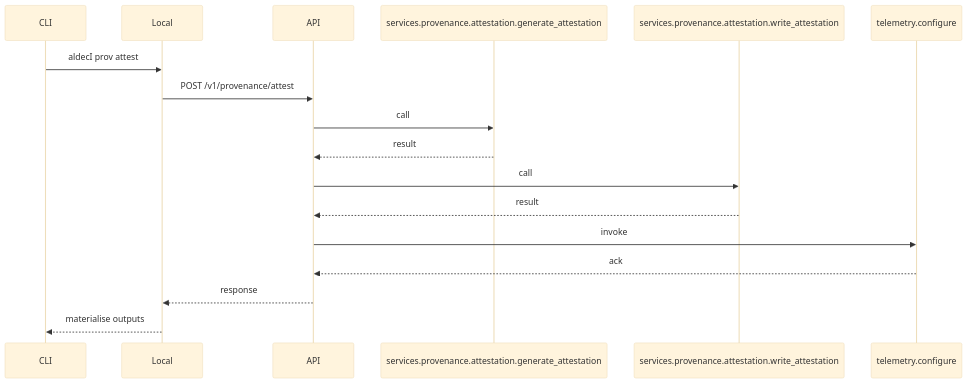
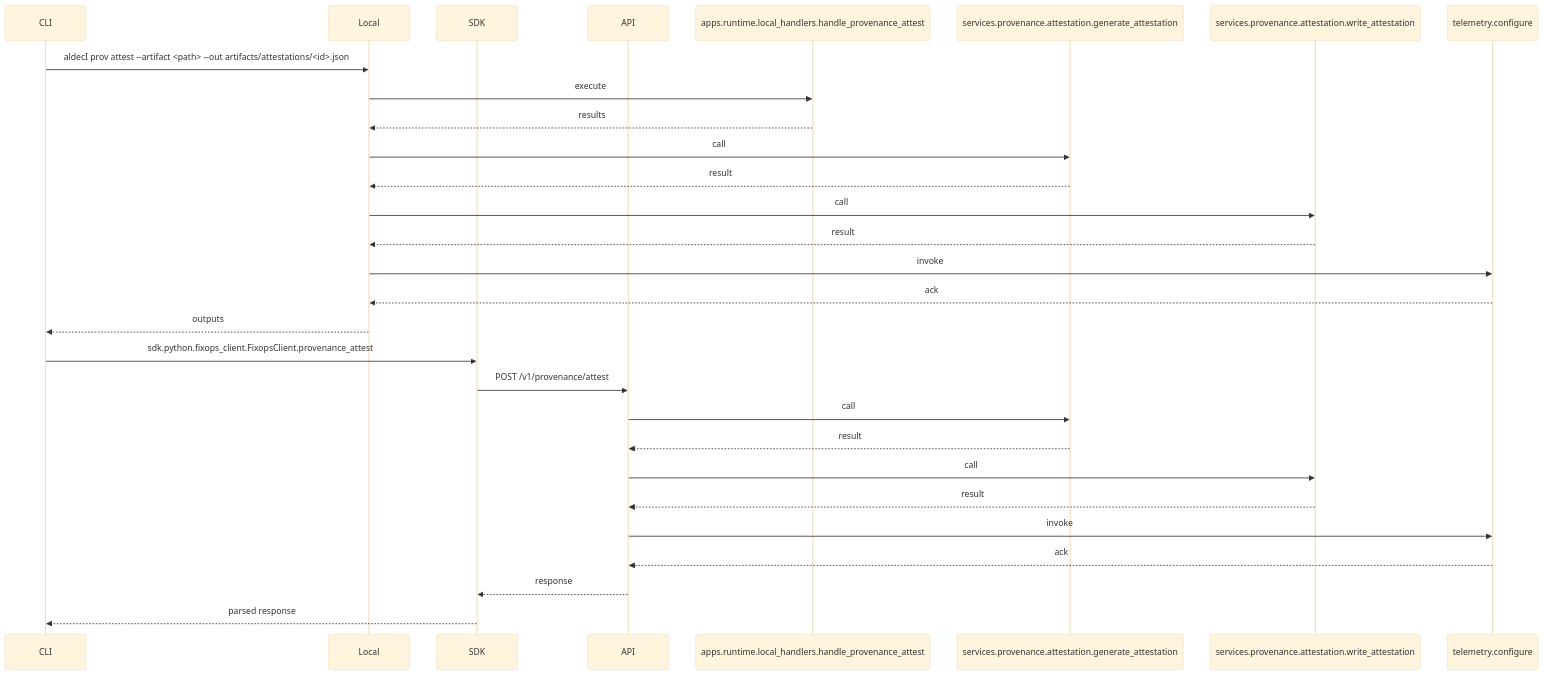
One commit to DevOpsMadDog/Aldeci changed the diagram in docs/diagrams/seq_provenance_attest.mmd. Above: the diagram before and after it, drawn with Mermaid (base theme). The commit also changed 52 other files, not shown here.

```diff
--- a/docs/diagrams/seq_provenance_attest.mmd
+++ b/docs/diagrams/seq_provenance_attest.mmd
@@ -1,17 +1,29 @@
 sequenceDiagram
     participant CLI
     participant Local
+    participant SDK
     participant API
-    CLI->>Local: aldecI prov attest
-    Local->>API: POST /v1/provenance/attest
-    participant S823849 as services.provenance.attestation.generate_attestation
-    API->>S823849: call
-    S823849-->>API: result
-    participant S734217 as services.provenance.attestation.write_attestation
-    API->>S734217: call
-    S734217-->>API: result
-    participant I870404 as telemetry.configure
-    API->>I870404: invoke
-    I870404-->>API: ack
-    API-->>Local: response
-    Local-->>CLI: materialise outputs
+    participant L598778 as apps.runtime.local_handlers.handle_provenance_attest
+    participant S349972 as services.provenance.attestation.generate_attestation
+    participant S398702 as services.provenance.attestation.write_attestation
+    participant I828115 as telemetry.configure
+    CLI->>Local: aldecI prov attest --artifact <path> --out artifacts/attestations/<id>.json
+    Local->>L598778: execute
+    L598778-->>Local: results
+    Local->>S349972: call
+    S349972-->>Local: result
+    Local->>S398702: call
+    S398702-->>Local: result
+    Local->>I828115: invoke
+    I828115-->>Local: ack
+    Local-->>CLI: outputs
+    CLI->>SDK: sdk.python.fixops_client.FixopsClient.provenance_attest
+    SDK->>API: POST /v1/provenance/attest
+    API->>S349972: call
+    S349972-->>API: result
+    API->>S398702: call
+    S398702-->>API: result
+    API->>I828115: invoke
+    I828115-->>API: ack
+    API-->>SDK: response
+    SDK-->>CLI: parsed response
```
